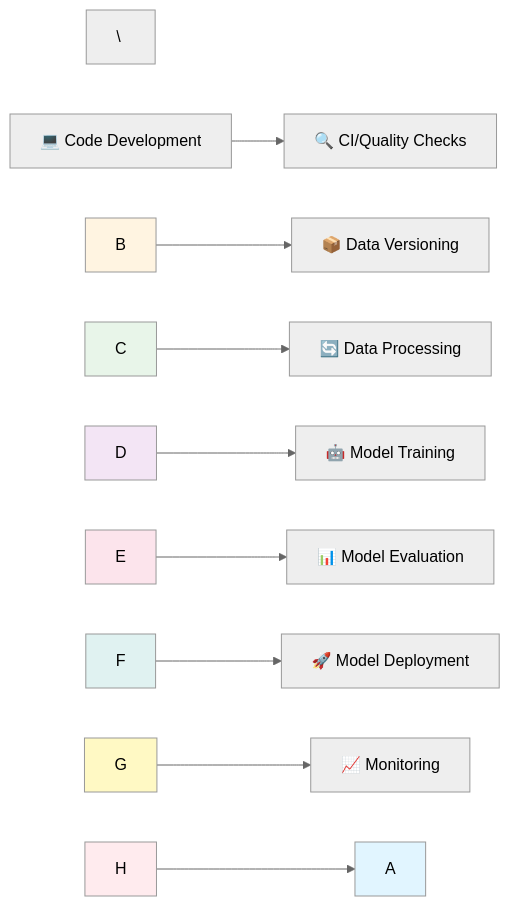
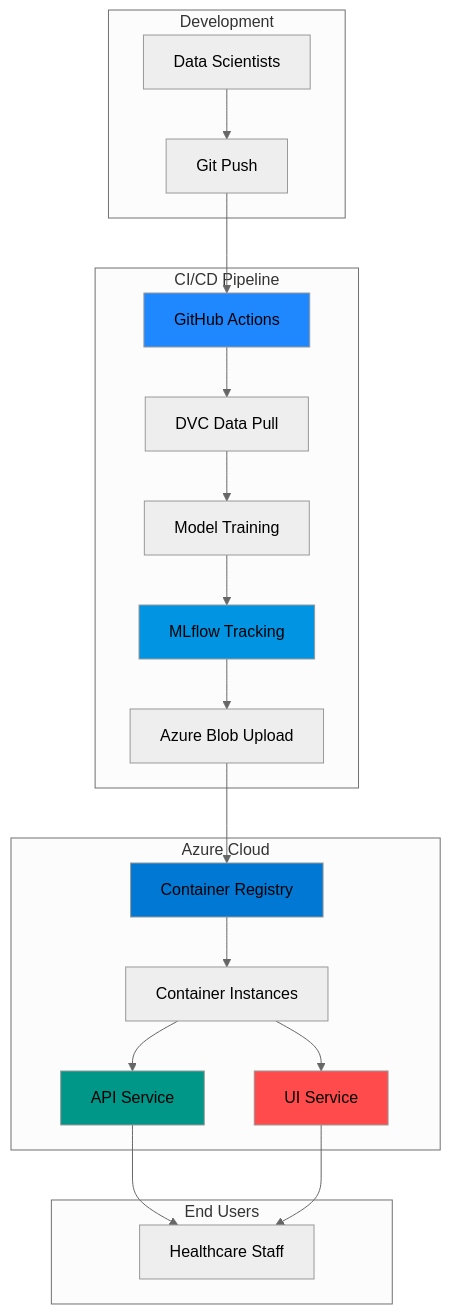
Before and after one commit to AtamerErkal/ClinicOps: the diagram in README.md, drawn with Mermaid (neutral theme). The commit also changed other lines of this file, not shown here.

````diff
--- a/README.md
+++ b/README.md
@@ -201,77 +49,32 @@
 ```mermaid
-
-
-
-graph LR
-
-
-
-\&nbsp;   A\\\[💻 Code Development] --> B\\\[🔍 CI/Quality Checks]
-
-
-
-\&nbsp;   B --> C\\\[📦 Data Versioning]
-
-
-
-\&nbsp;   C --> D\\\[🔄 Data Processing]
-
-
-
-\&nbsp;   D --> E\\\[🤖 Model Training]
-
-
-
-\&nbsp;   E --> F\\\[📊 Model Evaluation]
-
-
-
-\&nbsp;   F --> G\\\[🚀 Model Deployment]
-
-
-
-\&nbsp;   G --> H\\\[📈 Monitoring]
-
-
-
-\&nbsp;   H --> A
-
-
-
-\&nbsp;   
-
-
-
-\&nbsp;   style A fill:#e1f5ff
-
-
-
-\&nbsp;   style B fill:#fff4e1
-
-
-
-\&nbsp;   style C fill:#e8f5e9
-
-
-
-\&nbsp;   style D fill:#f3e5f5
-
-
-
-\&nbsp;   style E fill:#fce4ec
-
-
-
-\&nbsp;   style F fill:#e0f2f1
-
-
-
-\&nbsp;   style G fill:#fff9c4
-
-
-
-\&nbsp;   style H fill:#ffebee
-
-
-
+graph TB
+    subgraph "Development"
+        A[Data Scientists] --> B[Git Push]
+    end
+    
+    subgraph "CI/CD Pipeline"
+        B --> C[GitHub Actions]
+        C --> D[DVC Data Pull]
+        D --> E[Model Training]
+        E --> F[MLflow Tracking]
+        F --> G[Azure Blob Upload]
+    end
+    
+    subgraph "Azure Cloud"
+        G --> H[Container Registry]
+        H --> I[Container Instances]
+        I --> J[API Service]
+        I --> K[UI Service]
+    end
+    
+    subgraph "End Users"
+        J --> L[Healthcare Staff]
+        K --> L
+    end
+    
+    style C fill:#2088FF
+    style F fill:#0194E2
+    style H fill:#0078D4
+    style J fill:#009688
+    style K fill:#FF4B4B
 ```
````
